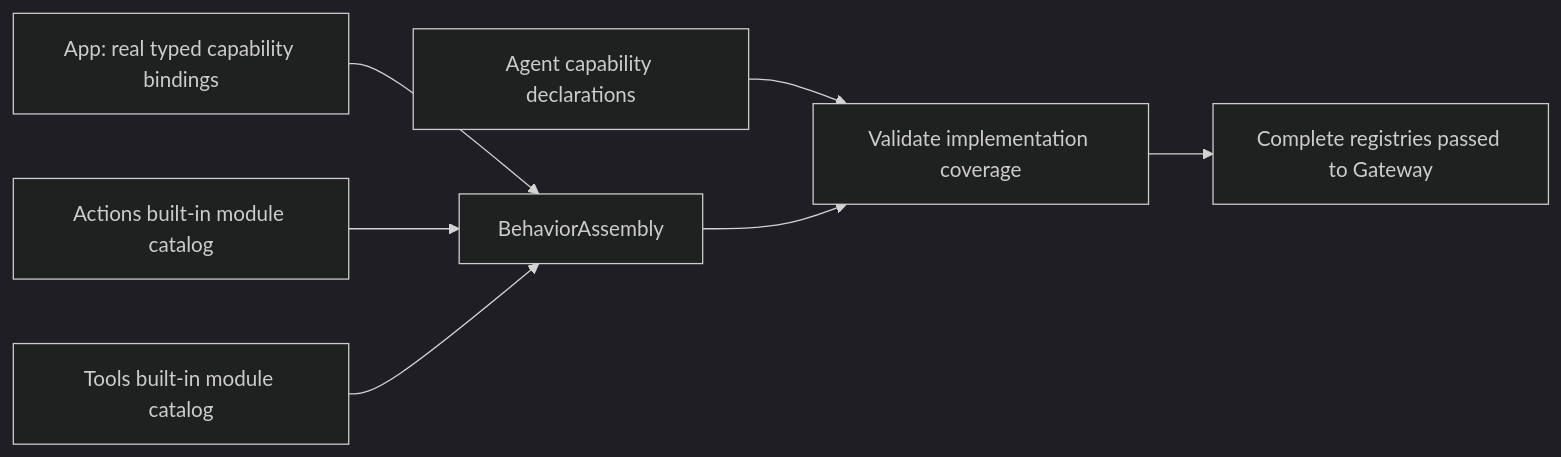
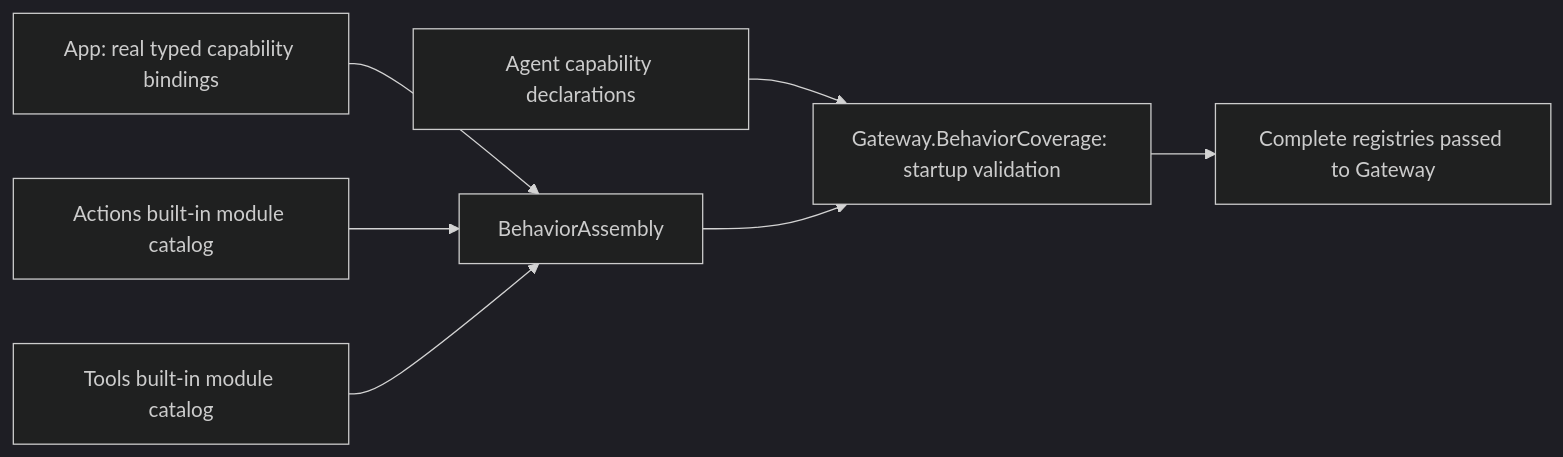
The diagram in MobileHarness/App/Composition/Behaviors/README.md (devilyouwei/MobileHarness), drawn with Mermaid (dark theme) before and after one commit. The commit also changed other lines of this file and 165 other files, not shown here.

````diff
--- a/MobileHarness/App/Composition/Behaviors/README.md
+++ b/MobileHarness/App/Composition/Behaviors/README.md
@@ -7,9 +7,9 @@
 ```mermaid
 flowchart LR
     Host[App: real typed capability bindings] --> Assembly[BehaviorAssembly]
     Actions[Actions built-in module catalog] --> Assembly
     Tools[Tools built-in module catalog] --> Assembly
-    Permissions[Agent capability declarations] --> Validate[Validate implementation coverage]
+    Permissions[Agent capability declarations] --> Validate[Gateway.BehaviorCoverage: startup validation]
     Assembly --> Validate
     Validate --> Registries[Complete registries passed to Gateway]
 ```
````
